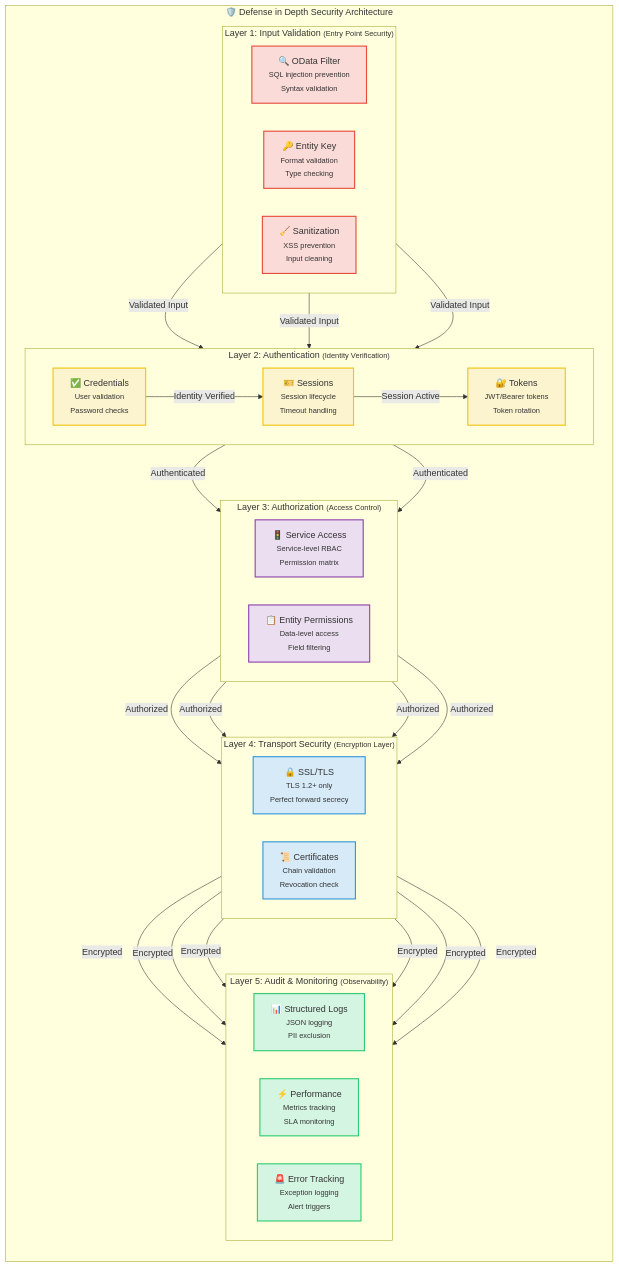
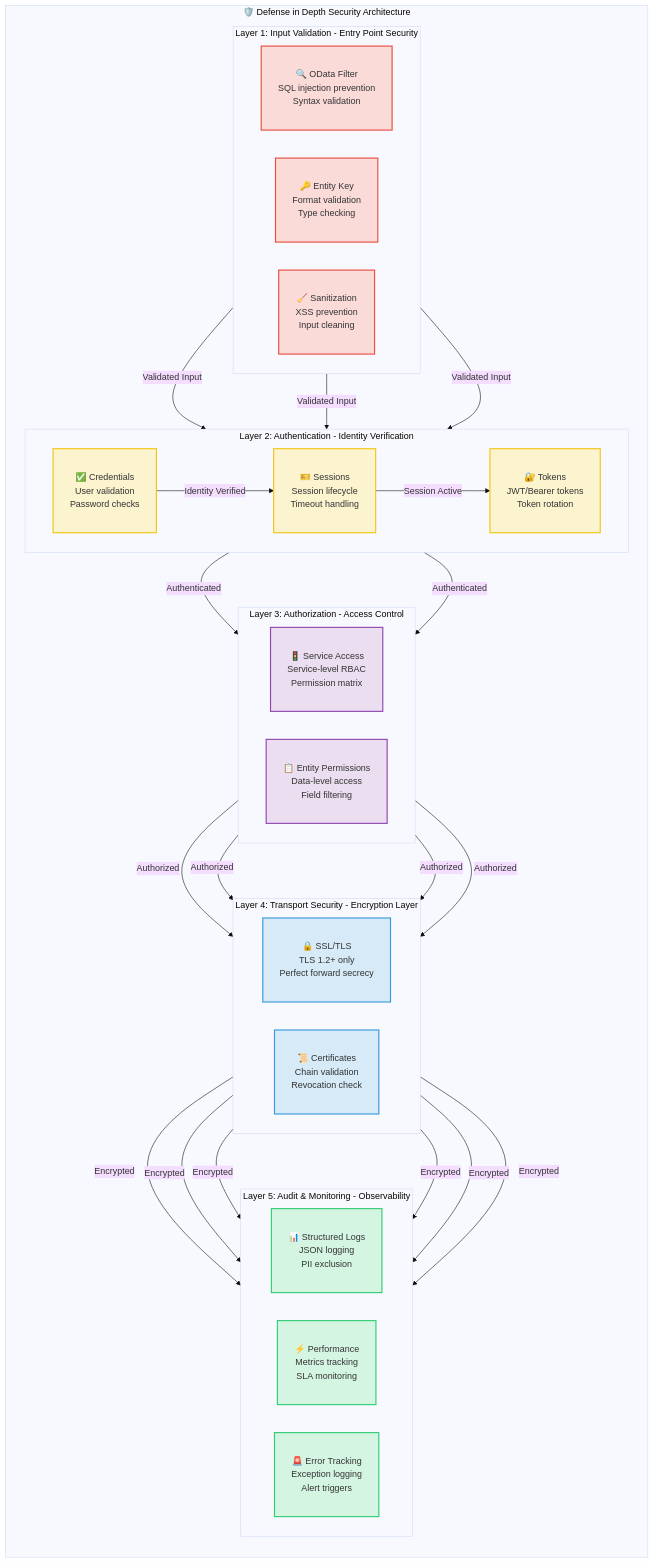
Before and after one commit to midasol/sap-mcp-server: the fifth of 5 diagrams in README.md, drawn with Mermaid.

Commit message:
Fix Security Architecture diagram text visibility
- Increased font size from small to 16px for better readability
- Removed <small> tags that were causing text truncation
- Added 15px padding to all node styles for better text spacing
- Changed subgraph titles to use regular text instead of small tags
- Improved overall diagram layout and text visibility

````diff
--- a/README.md
+++ b/README.md
@@ -328,58 +328,59 @@
 ```mermaid
+%%{init: {'theme':'base', 'themeVariables': {'fontSize':'16px', 'fontFamily':'arial'}}}%%
 graph TB
     subgraph security["🛡️ Defense in Depth Security Architecture"]
         direction TB
 
-        subgraph layer1["Layer 1: Input Validation <small>(Entry Point Security)</small>"]
+        subgraph layer1["Layer 1: Input Validation - Entry Point Security"]
             direction LR
-            L1A["🔍 OData Filter<br/><small>SQL injection prevention</small><br/><small>Syntax validation</small>"]
-            L1B["🔑 Entity Key<br/><small>Format validation</small><br/><small>Type checking</small>"]
-            L1C["🧹 Sanitization<br/><small>XSS prevention</small><br/><small>Input cleaning</small>"]
+            L1A["🔍 OData Filter<br/>SQL injection prevention<br/>Syntax validation"]
+            L1B["🔑 Entity Key<br/>Format validation<br/>Type checking"]
+            L1C["🧹 Sanitization<br/>XSS prevention<br/>Input cleaning"]
         end
 
-        subgraph layer2["Layer 2: Authentication <small>(Identity Verification)</small>"]
+        subgraph layer2["Layer 2: Authentication - Identity Verification"]
             direction LR
-            L2A["✅ Credentials<br/><small>User validation</small><br/><small>Password checks</small>"]
-            L2B["🎫 Sessions<br/><small>Session lifecycle</small><br/><small>Timeout handling</small>"]
-            L2C["🔐 Tokens<br/><small>JWT/Bearer tokens</small><br/><small>Token rotation</small>"]
+            L2A["✅ Credentials<br/>User validation<br/>Password checks"]
+            L2B["🎫 Sessions<br/>Session lifecycle<br/>Timeout handling"]
+            L2C["🔐 Tokens<br/>JWT/Bearer tokens<br/>Token rotation"]
         end
 
-        subgraph layer3["Layer 3: Authorization <small>(Access Control)</small>"]
+        subgraph layer3["Layer 3: Authorization - Access Control"]
             direction LR
-            L3A["🚦 Service Access<br/><small>Service-level RBAC</small><br/><small>Permission matrix</small>"]
-            L3B["📋 Entity Permissions<br/><small>Data-level access</small><br/><small>Field filtering</small>"]
+            L3A["🚦 Service Access<br/>Service-level RBAC<br/>Permission matrix"]
+            L3B["📋 Entity Permissions<br/>Data-level access<br/>Field filtering"]
         end
 
-        subgraph layer4["Layer 4: Transport Security <small>(Encryption Layer)</small>"]
+        subgraph layer4["Layer 4: Transport Security - Encryption Layer"]
             direction LR
-            L4A["🔒 SSL/TLS<br/><small>TLS 1.2+ only</small><br/><small>Perfect forward secrecy</small>"]
-            L4B["📜 Certificates<br/><small>Chain validation</small><br/><small>Revocation check</small>"]
+            L4A["🔒 SSL/TLS<br/>TLS 1.2+ only<br/>Perfect forward secrecy"]
+            L4B["📜 Certificates<br/>Chain validation<br/>Revocation check"]
         end
 
-        subgraph layer5["Layer 5: Audit & Monitoring <small>(Observability)</small>"]
+        subgraph layer5["Layer 5: Audit & Monitoring - Observability"]
             direction LR
-            L5A["📊 Structured Logs<br/><small>JSON logging</small><br/><small>PII exclusion</small>"]
-            L5B["⚡ Performance<br/><small>Metrics tracking</small><br/><small>SLA monitoring</small>"]
-            L5C["🚨 Error Tracking<br/><small>Exception logging</small><br/><small>Alert triggers</small>"]
+            L5A["📊 Structured Logs<br/>JSON logging<br/>PII exclusion"]
+            L5B["⚡ Performance<br/>Metrics tracking<br/>SLA monitoring"]
+            L5C["🚨 Error Tracking<br/>Exception logging<br/>Alert triggers"]
         end
     end
 
     L1A & L1B & L1C -->|Validated Input| L2A
     L2A -->|Identity Verified| L2B
     L2B -->|Session Active| L2C
     L2C -->|Authenticated| L3A & L3B
     L3A & L3B -->|Authorized| L4A & L4B
     L4A & L4B -->|Encrypted| L5A & L5B & L5C
 
-    classDef inputNode fill:#FADBD8,stroke:#E74C3C,stroke-width:2px
-    classDef authNode fill:#FCF3CF,stroke:#F1C40F,stroke-width:2px
-    classDef authzNode fill:#EBDEF0,stroke:#8E44AD,stroke-width:2px
-    classDef transportNode fill:#D6EAF8,stroke:#3498DB,stroke-width:2px
-    classDef auditNode fill:#D5F5E3,stroke:#2ECC71,stroke-width:2px
+    classDef inputNode fill:#FADBD8,stroke:#E74C3C,stroke-width:2px,padding:15px
+    classDef authNode fill:#FCF3CF,stroke:#F1C40F,stroke-width:2px,padding:15px
+    classDef authzNode fill:#EBDEF0,stroke:#8E44AD,stroke-width:2px,padding:15px
+    classDef transportNode fill:#D6EAF8,stroke:#3498DB,stroke-width:2px,padding:15px
+    classDef auditNode fill:#D5F5E3,stroke:#2ECC71,stroke-width:2px,padding:15px
 
     class L1A,L1B,L1C inputNode
     class L2A,L2B,L2C authNode
     class L3A,L3B authzNode
     class L4A,L4B transportNode
     class L5A,L5B,L5C auditNode
 ```
````
